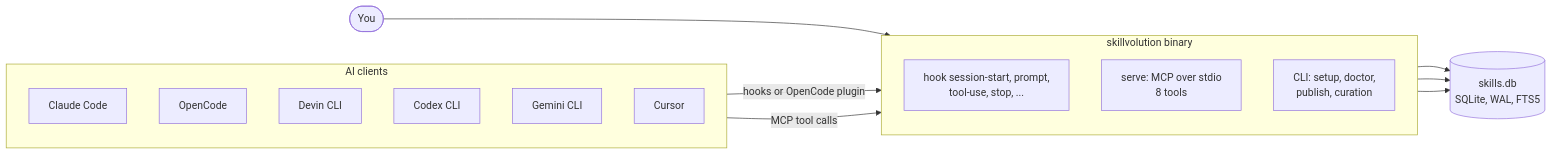
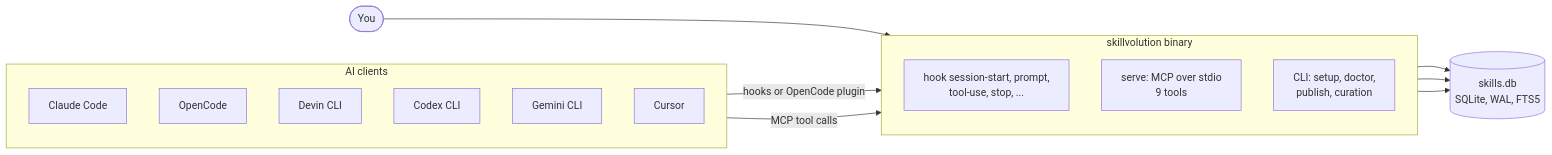
One commit to KikeKnox/Skillvolution changed the second of 2 diagrams in README.md. Above: the diagram before and after it, drawn with Mermaid. The commit also changed other lines of this file and 6 other files, not shown here.

First line of the commit message:
Teach evolution v14 the agent flow and document publish_agent

````diff
--- a/README.md
+++ b/README.md
@@ -53,24 +54,24 @@
 ```mermaid
 flowchart LR
     subgraph clients["AI clients"]
         direction TB
         cc["Claude Code"]
         oc["OpenCode"]
         dv["Devin CLI"]
         cx["Codex CLI"]
         gm["Gemini CLI"]
         cu["Cursor"]
     end
     subgraph bin["skillvolution binary"]
         direction TB
         hooks["hook session-start, prompt,<br/>tool-use, stop, ..."]
-        mcp["serve: MCP over stdio<br/>8 tools"]
+        mcp["serve: MCP over stdio<br/>9 tools"]
         cli["CLI: setup, doctor,<br/>publish, curation"]
     end
     clients -- "hooks or OpenCode plugin" --> hooks
     clients -- "MCP tool calls" --> mcp
     you(["You"]) --> cli
     hooks --> db[("skills.db<br/>SQLite, WAL, FTS5")]
     mcp --> db
     cli --> db
 ```
````
